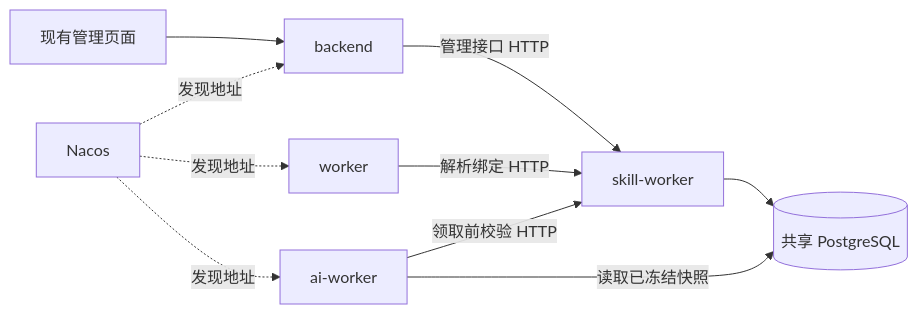
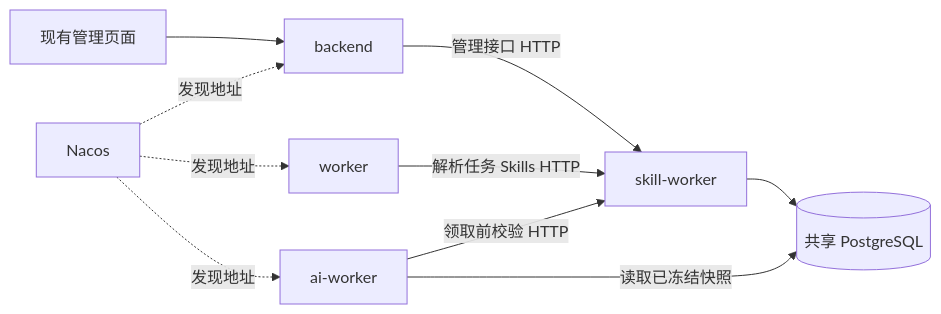
One commit to StanXu-symple/auto-x changed the diagram in docs/skill-worker.md. Above: the diagram before and after it, drawn with Mermaid. The commit also changed other lines of this file and 35 other files, not shown here.

````diff
--- a/docs/skill-worker.md
+++ b/docs/skill-worker.md
@@ -7,12 +7,12 @@
 ```mermaid
 flowchart LR
     UI[现有管理页面] --> API[backend]
     API -->|管理接口 HTTP| SK[skill-worker]
-    Poll[worker] -->|解析绑定 HTTP| SK
+    Poll[worker] -->|解析任务 Skills HTTP| SK
     AI[ai-worker] -->|领取前校验 HTTP| SK
     N[Nacos] -.发现地址.-> API
     N -.发现地址.-> Poll
     N -.发现地址.-> AI
     SK --> DB[(共享 PostgreSQL)]
     AI -->|读取已冻结快照| DB
 ```
````
